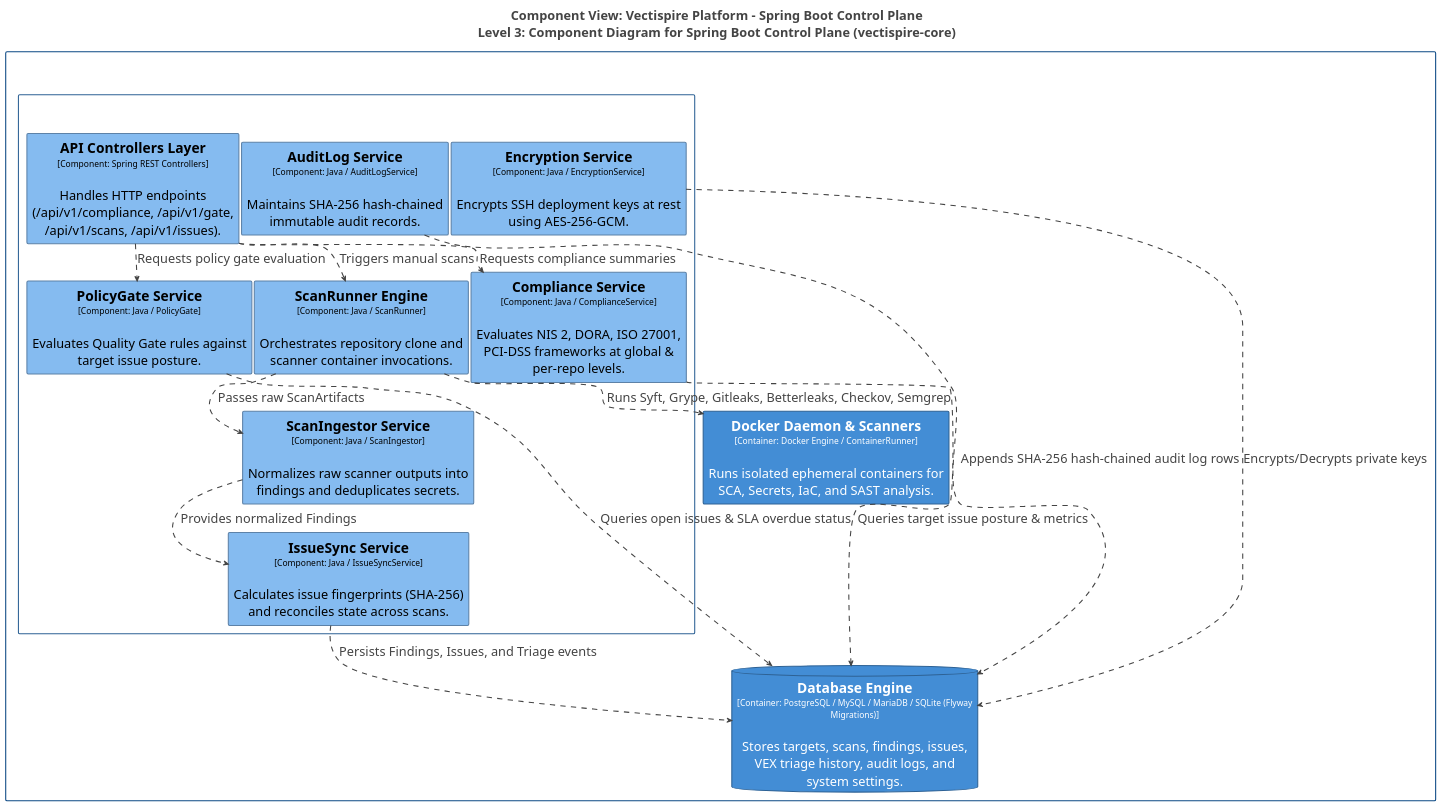
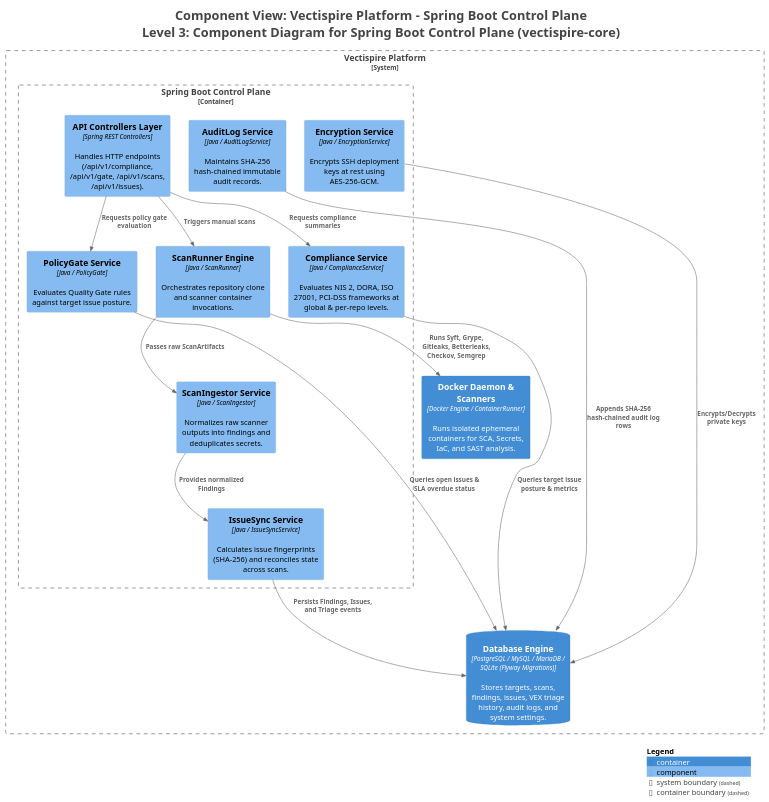
One commit to asmolabs/vectispire changed the diagram in docs/architecture/c4/diagrams/structurizr-Components.puml. Above: the diagram before and after it, drawn with PlantUML. The commit also changed 11 other files, not shown here.

```diff
--- a/docs/architecture/c4/diagrams/structurizr-Components.puml
+++ b/docs/architecture/c4/diagrams/structurizr-Components.puml
@@ -1,112 +1,49 @@
 @startuml
 title <size:24>Component View: Vectispire Platform - Spring Boot Control Plane</size>\n<size:24>Level 3: Component Diagram for Spring Boot Control Plane (vectispire-core)</size>
 
 set separator none
 top to bottom direction
-skinparam ranksep 20
-skinparam nodesep 5
-hide stereotype
 
 <style>
   root {
-    BackgroundColor: #ffffff;
-    FontColor: #444444;
-  }
-  // Element,Component
-  .Element-RWxlbWVudCxDb21wb25lbnQ= {
-    BackgroundColor: #85bbf0;
-    LineColor: #5d82a8;
-    LineStyle: 0;
-    LineThickness: 2;
-    FontColor: #000000;
-    FontSize: 24;
-    HorizontalAlignment: center;
-    Shadowing: 0;
-    MaximumWidth: 450;
-  }
-  // Element,Container
-  .Element-RWxlbWVudCxDb250YWluZXI= {
-    BackgroundColor: #438dd5;
-    LineColor: #2e6295;
-    LineStyle: 0;
-    LineThickness: 2;
-    FontColor: #ffffff;
-    FontSize: 24;
-    HorizontalAlignment: center;
-    Shadowing: 0;
-    MaximumWidth: 450;
-  }
-  // Element,Container,Database
-  .Element-RWxlbWVudCxDb250YWluZXIsRGF0YWJhc2U= {
-    BackgroundColor: #438dd5;
-    LineColor: #2e6295;
-    LineStyle: 0;
-    LineThickness: 2;
-    FontColor: #ffffff;
-    FontSize: 24;
-    HorizontalAlignment: center;
-    Shadowing: 0;
-    MaximumWidth: 450;
-  }
-  // Relationship
-  .Relationship-UmVsYXRpb25zaGlw {
-    LineThickness: 2;
-    LineStyle: 10-10;
-    LineColor: #444444;
-    FontColor: #444444;
-    FontSize: 24;
-    MaximumWidth: 200;
-  }
-  // Spring Boot Control Plane
-  .Boundary-U3ByaW5nIEJvb3QgQ29udHJvbCBQbGFuZQ== {
-    BackgroundColor: #ffffff;
-    LineColor: #2e6295;
-    LineStyle: 0;
-    LineThickness: 2;
-    FontColor: #ffffff;
-    FontSize: 24;
-    HorizontalAlignment: center;
-    Shadowing: 0;
-  }
-  // Vectispire Platform
-  .Boundary-VmVjdGlzcGlyZSBQbGF0Zm9ybQ== {
-    BackgroundColor: #ffffff;
-    LineColor: #0b4884;
-    LineStyle: 0;
-    LineThickness: 2;
-    FontColor: #ffffff;
-    FontSize: 24;
-    HorizontalAlignment: center;
-    Shadowing: 0;
+    BackgroundColor: #ffffff
+    FontColor: #444444
   }
 </style>
 
-rectangle "Vectispire Platform\n<size:16>[Software System]</size>" <<Boundary-VmVjdGlzcGlyZSBQbGF0Zm9ybQ==>> {
-  rectangle "Spring Boot Control Plane\n<size:16>[Container: Spring Boot 4.1 / JDK 25]</size>" <<Boundary-U3ByaW5nIEJvb3QgQ29udHJvbCBQbGFuZQ==>> {
-    rectangle "==IssueSync Service\n<size:16>[Component: Java / IssueSyncService]</size>\n\nCalculates issue fingerprints (SHA-256) and reconciles state across scans." <<Element-RWxlbWVudCxDb21wb25lbnQ=>> as VectispirePlatform.SpringBootControlPlane.IssueSyncService
-    rectangle "==Compliance Service\n<size:16>[Component: Java / ComplianceService]</size>\n\nEvaluates NIS 2, DORA, ISO 27001, PCI-DSS frameworks at global & per-repo levels." <<Element-RWxlbWVudCxDb21wb25lbnQ=>> as VectispirePlatform.SpringBootControlPlane.ComplianceService
-    rectangle "==PolicyGate Service\n<size:16>[Component: Java / PolicyGate]</size>\n\nEvaluates Quality Gate rules against target issue posture." <<Element-RWxlbWVudCxDb21wb25lbnQ=>> as VectispirePlatform.SpringBootControlPlane.PolicyGateService
-    rectangle "==AuditLog Service\n<size:16>[Component: Java / AuditLogService]</size>\n\nMaintains SHA-256 hash-chained immutable audit records." <<Element-RWxlbWVudCxDb21wb25lbnQ=>> as VectispirePlatform.SpringBootControlPlane.AuditLogService
-    rectangle "==Encryption Service\n<size:16>[Component: Java / EncryptionService]</size>\n\nEncrypts SSH deployment keys at rest using AES-256-GCM." <<Element-RWxlbWVudCxDb21wb25lbnQ=>> as VectispirePlatform.SpringBootControlPlane.EncryptionService
-    rectangle "==API Controllers Layer\n<size:16>[Component: Spring REST Controllers]</size>\n\nHandles HTTP endpoints (/api/v1/compliance, /api/v1/gate, /api/v1/scans, /api/v1/issues)." <<Element-RWxlbWVudCxDb21wb25lbnQ=>> as VectispirePlatform.SpringBootControlPlane.APIControllersLayer
-    rectangle "==ScanRunner Engine\n<size:16>[Component: Java / ScanRunner]</size>\n\nOrchestrates repository clone and scanner container invocations." <<Element-RWxlbWVudCxDb21wb25lbnQ=>> as VectispirePlatform.SpringBootControlPlane.ScanRunnerEngine
-    rectangle "==ScanIngestor Service\n<size:16>[Component: Java / ScanIngestor]</size>\n\nNormalizes raw scanner outputs into findings and deduplicates secrets." <<Element-RWxlbWVudCxDb21wb25lbnQ=>> as VectispirePlatform.SpringBootControlPlane.ScanIngestorService
+!include <C4/C4>
+!include <C4/C4_Context>
+!include <C4/C4_Container>
+!include <C4/C4_Component>
+
+System_Boundary("VectispirePlatform_boundary", "Vectispire Platform", $tags="") {
+  Container_Boundary("VectispirePlatform.SpringBootControlPlane_boundary", "Spring Boot Control Plane", $tags="") {
+    Component(VectispirePlatform.SpringBootControlPlane.IssueSyncService, "IssueSync Service", $techn="Java / IssueSyncService", $descr="Calculates issue fingerprints (SHA-256) and reconciles state across scans.", $tags="", $link="")
+    Component(VectispirePlatform.SpringBootControlPlane.ComplianceService, "Compliance Service", $techn="Java / ComplianceService", $descr="Evaluates NIS 2, DORA, ISO 27001, PCI-DSS frameworks at global & per-repo levels.", $tags="", $link="")
+    Component(VectispirePlatform.SpringBootControlPlane.PolicyGateService, "PolicyGate Service", $techn="Java / PolicyGate", $descr="Evaluates Quality Gate rules against target issue posture.", $tags="", $link="")
+    Component(VectispirePlatform.SpringBootControlPlane.AuditLogService, "AuditLog Service", $techn="Java / AuditLogService", $descr="Maintains SHA-256 hash-chained immutable audit records.", $tags="", $link="")
+    Component(VectispirePlatform.SpringBootControlPlane.EncryptionService, "Encryption Service", $techn="Java / EncryptionService", $descr="Encrypts SSH deployment keys at rest using AES-256-GCM.", $tags="", $link="")
+    Component(VectispirePlatform.SpringBootControlPlane.APIControllersLayer, "API Controllers Layer", $techn="Spring REST Controllers", $descr="Handles HTTP endpoints (/api/v1/compliance, /api/v1/gate, /api/v1/scans, /api/v1/issues).", $tags="", $link="")
+    Component(VectispirePlatform.SpringBootControlPlane.ScanRunnerEngine, "ScanRunner Engine", $techn="Java / ScanRunner", $descr="Orchestrates repository clone and scanner container invocations.", $tags="", $link="")
+    Component(VectispirePlatform.SpringBootControlPlane.ScanIngestorService, "ScanIngestor Service", $techn="Java / ScanIngestor", $descr="Normalizes raw scanner outputs into findings and deduplicates secrets.", $tags="", $link="")
   }
 
-  database "==Database Engine\n<size:16>[Container: PostgreSQL / MySQL / MariaDB / SQLite (Flyway Migrations)]</size>\n\nStores targets, scans, findings, issues, VEX triage history, audit logs, and system settings." <<Element-RWxlbWVudCxDb250YWluZXIsRGF0YWJhc2U=>> as VectispirePlatform.DatabaseEngine
-  rectangle "==Docker Daemon & Scanners\n<size:16>[Container: Docker Engine / ContainerRunner]</size>\n\nRuns isolated ephemeral containers for SCA, Secrets, IaC, and SAST analysis." <<Element-RWxlbWVudCxDb250YWluZXI=>> as VectispirePlatform.DockerDaemonScanners
+  ContainerDb(VectispirePlatform.DatabaseEngine, "Database Engine", $techn="PostgreSQL / MySQL / MariaDB / SQLite (Flyway Migrations)", $descr="Stores targets, scans, findings, issues, VEX triage history, audit logs, and system settings.", $tags="", $link="")
+  Container(VectispirePlatform.DockerDaemonScanners, "Docker Daemon & Scanners", $techn="Docker Engine / ContainerRunner", $descr="Runs isolated ephemeral containers for SCA, Secrets, IaC, and SAST analysis.", $tags="", $link="")
 }
 
-VectispirePlatform.SpringBootControlPlane.APIControllersLayer --> VectispirePlatform.SpringBootControlPlane.ComplianceService <<Relationship-UmVsYXRpb25zaGlw>> : "Requests compliance summaries"
-VectispirePlatform.SpringBootControlPlane.APIControllersLayer --> VectispirePlatform.SpringBootControlPlane.PolicyGateService <<Relationship-UmVsYXRpb25zaGlw>> : "Requests policy gate evaluation"
-VectispirePlatform.SpringBootControlPlane.APIControllersLayer --> VectispirePlatform.SpringBootControlPlane.ScanRunnerEngine <<Relationship-UmVsYXRpb25zaGlw>> : "Triggers manual scans"
-VectispirePlatform.SpringBootControlPlane.ScanRunnerEngine --> VectispirePlatform.DockerDaemonScanners <<Relationship-UmVsYXRpb25zaGlw>> : "Runs Syft, Grype, Gitleaks, Betterleaks, Checkov, Semgrep"
-VectispirePlatform.SpringBootControlPlane.ScanRunnerEngine --> VectispirePlatform.SpringBootControlPlane.ScanIngestorService <<Relationship-UmVsYXRpb25zaGlw>> : "Passes raw ScanArtifacts"
-VectispirePlatform.SpringBootControlPlane.ScanIngestorService --> VectispirePlatform.SpringBootControlPlane.IssueSyncService <<Relationship-UmVsYXRpb25zaGlw>> : "Provides normalized Findings"
-VectispirePlatform.SpringBootControlPlane.IssueSyncService --> VectispirePlatform.DatabaseEngine <<Relationship-UmVsYXRpb25zaGlw>> : "Persists Findings, Issues, and Triage events"
-VectispirePlatform.SpringBootControlPlane.ComplianceService --> VectispirePlatform.DatabaseEngine <<Relationship-UmVsYXRpb25zaGlw>> : "Queries target issue posture & metrics"
-VectispirePlatform.SpringBootControlPlane.PolicyGateService --> VectispirePlatform.DatabaseEngine <<Relationship-UmVsYXRpb25zaGlw>> : "Queries open issues & SLA overdue status"
-VectispirePlatform.SpringBootControlPlane.AuditLogService --> VectispirePlatform.DatabaseEngine <<Relationship-UmVsYXRpb25zaGlw>> : "Appends SHA-256 hash-chained audit log rows"
-VectispirePlatform.SpringBootControlPlane.EncryptionService --> VectispirePlatform.DatabaseEngine <<Relationship-UmVsYXRpb25zaGlw>> : "Encrypts/Decrypts private keys"
+Rel(VectispirePlatform.SpringBootControlPlane.APIControllersLayer, VectispirePlatform.SpringBootControlPlane.ComplianceService, "Requests compliance summaries", $techn="", $tags="", $link="")
+Rel(VectispirePlatform.SpringBootControlPlane.APIControllersLayer, VectispirePlatform.SpringBootControlPlane.PolicyGateService, "Requests policy gate evaluation", $techn="", $tags="", $link="")
+Rel(VectispirePlatform.SpringBootControlPlane.APIControllersLayer, VectispirePlatform.SpringBootControlPlane.ScanRunnerEngine, "Triggers manual scans", $techn="", $tags="", $link="")
+Rel(VectispirePlatform.SpringBootControlPlane.ScanRunnerEngine, VectispirePlatform.DockerDaemonScanners, "Runs Syft, Grype, Gitleaks, Betterleaks, Checkov, Semgrep", $techn="", $tags="", $link="")
+Rel(VectispirePlatform.SpringBootControlPlane.ScanRunnerEngine, VectispirePlatform.SpringBootControlPlane.ScanIngestorService, "Passes raw ScanArtifacts", $techn="", $tags="", $link="")
+Rel(VectispirePlatform.SpringBootControlPlane.ScanIngestorService, VectispirePlatform.SpringBootControlPlane.IssueSyncService, "Provides normalized Findings", $techn="", $tags="", $link="")
+Rel(VectispirePlatform.SpringBootControlPlane.IssueSyncService, VectispirePlatform.DatabaseEngine, "Persists Findings, Issues, and Triage events", $techn="", $tags="", $link="")
+Rel(VectispirePlatform.SpringBootControlPlane.ComplianceService, VectispirePlatform.DatabaseEngine, "Queries target issue posture & metrics", $techn="", $tags="", $link="")
+Rel(VectispirePlatform.SpringBootControlPlane.PolicyGateService, VectispirePlatform.DatabaseEngine, "Queries open issues & SLA overdue status", $techn="", $tags="", $link="")
+Rel(VectispirePlatform.SpringBootControlPlane.AuditLogService, VectispirePlatform.DatabaseEngine, "Appends SHA-256 hash-chained audit log rows", $techn="", $tags="", $link="")
+Rel(VectispirePlatform.SpringBootControlPlane.EncryptionService, VectispirePlatform.DatabaseEngine, "Encrypts/Decrypts private keys", $techn="", $tags="", $link="")
 
+SHOW_LEGEND(true)
+hide stereotypes
 @enduml
```
